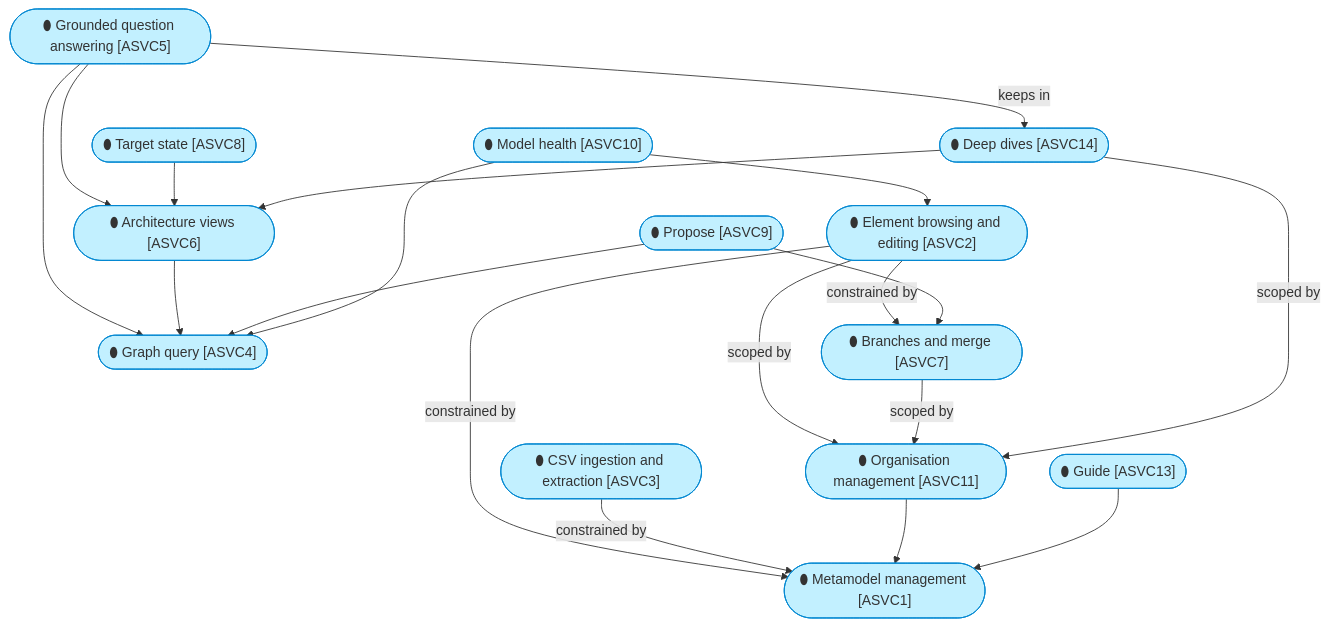
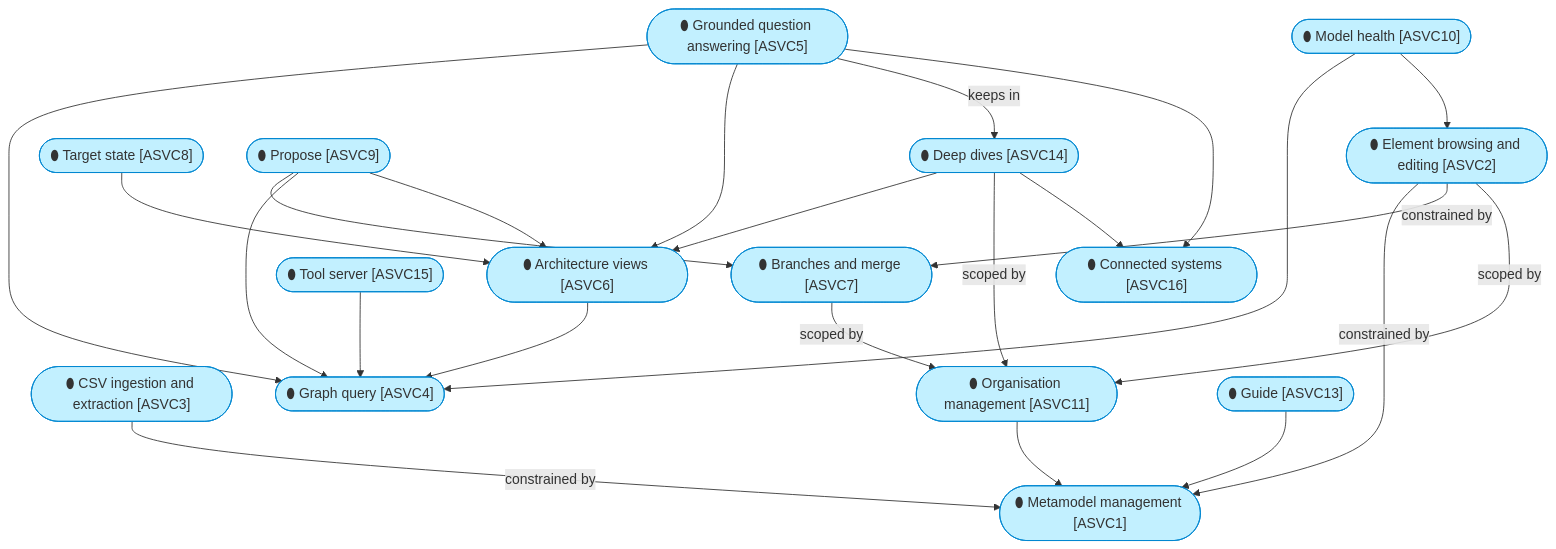
Before and after one commit to roanboc/dbx-enterprise-architecture: the third of 4 diagrams in architecture/4_application/1_application-services.md, drawn with Mermaid. The commit also changed other lines of this file and 15 other files, not shown here.

First line of the commit message:
docs(architecture): initiative 26 built — the application and technology layers aligned, GAP7, GAP28 and GAP29 closed

````diff
--- a/architecture/4_application/1_application-services.md
+++ b/architecture/4_application/1_application-services.md
@@ -87,36 +94,42 @@
 ```mermaid
 flowchart TB
   s1(["⬮ Metamodel management [ASVC1]"]):::application
   s2(["⬮ Element browsing and editing [ASVC2]"]):::application
   s3(["⬮ CSV ingestion and extraction [ASVC3]"]):::application
   s4(["⬮ Graph query [ASVC4]"]):::application
   s5(["⬮ Grounded question answering [ASVC5]"]):::application
   s6(["⬮ Architecture views [ASVC6]"]):::application
   s7(["⬮ Branches and merge [ASVC7]"]):::application
   s8(["⬮ Target state [ASVC8]"]):::application
   s9(["⬮ Propose [ASVC9]"]):::application
   s10(["⬮ Model health [ASVC10]"]):::application
   s11(["⬮ Organisation management [ASVC11]"]):::application
   s13(["⬮ Guide [ASVC13]"]):::application
   s14(["⬮ Deep dives [ASVC14]"]):::application
+  s15(["⬮ Tool server [ASVC15]"]):::application
+  s16(["⬮ Connected systems [ASVC16]"]):::application
   s2 -->|constrained by| s1
   s3 -->|constrained by| s1
   s2 -->|constrained by| s7
   s5 --> s4
   s5 --> s6
   s6 --> s4
   s8 --> s6
   s9 --> s7
   s9 --> s4
   s10 --> s4
   s10 --> s2
   s11 --> s1
   s2 -->|scoped by| s11
   s7 -->|scoped by| s11
   s13 --> s1
   s5 -->|keeps in| s14
   s14 --> s6
   s14 -->|scoped by| s11
+  s15 --> s4
+  s5 --> s16
+  s14 --> s16
+  s9 --> s6
 
   classDef application fill:#c2f0ff,stroke:#0288d1,color:#333
 ```
````
